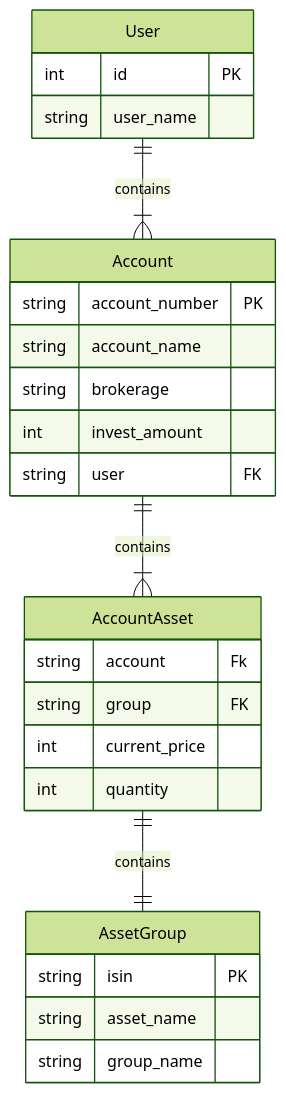
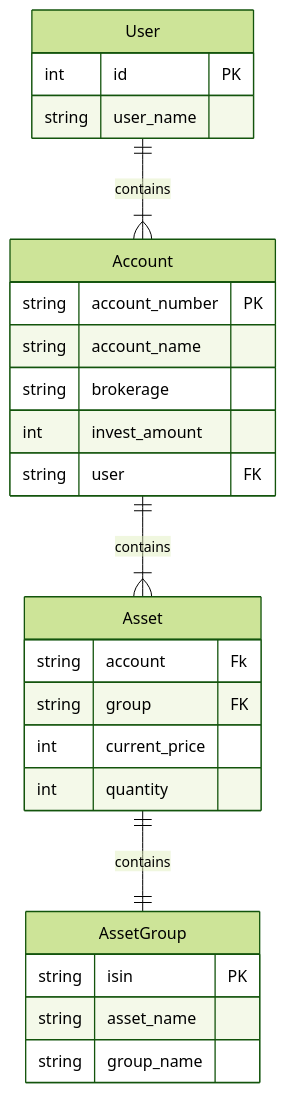
One commit to choigwanho/investment-service changed the diagram in README.md. Above: the diagram before and after it, drawn with Mermaid (forest theme). The commit also changed other lines of this file, not shown here.

Commit message:
:pencil2: (rhksghsss/develop) README.md 수정

````diff
--- a/README.md
+++ b/README.md
@@ -28,33 +28,33 @@
 ```mermaid
 erDiagram
+
     User {
-				int id PK
-				string user_name
-		}
-		Account{
-				string account_number PK
-				string account_name
-				string brokerage
-        int invest_amount
-				string user FK
+            int id PK
+            string user_name
+    }
+    
+    Account{
+            string account_number PK
+            string account_name
+            string brokerage
+            int invest_amount
+            string user FK
     }		
 
-		AssetGroup {
-        string isin PK
-				string asset_name
-        string group_name
+    AssetGroup {
+            string isin PK
+            string asset_name
+            string group_name
     }
 
-		AccountAsset{
-				string account Fk
-        string group FK
-        int current_price
-				int quantity
+    Asset{
+            string account Fk
+            string group FK
+            int current_price
+            int quantity  
     }
     
-		
-
-		User ||--|{ Account: contains
-		Account ||--|{ AccountAsset: contains
-    AccountAsset ||--|| AssetGroup : contains
+    User ||--|{ Account: contains
+    Account ||--|{ Asset: contains
+    Asset ||--|| AssetGroup : contains
 ```
````
